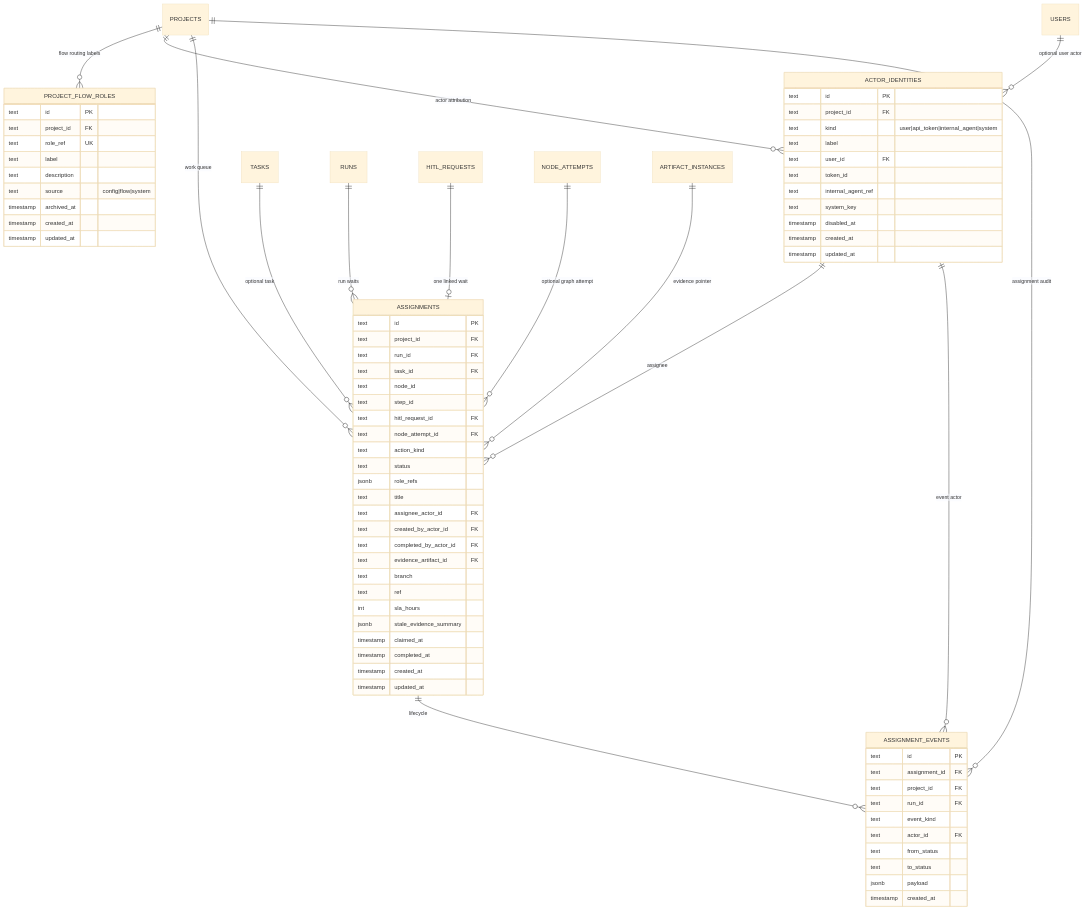
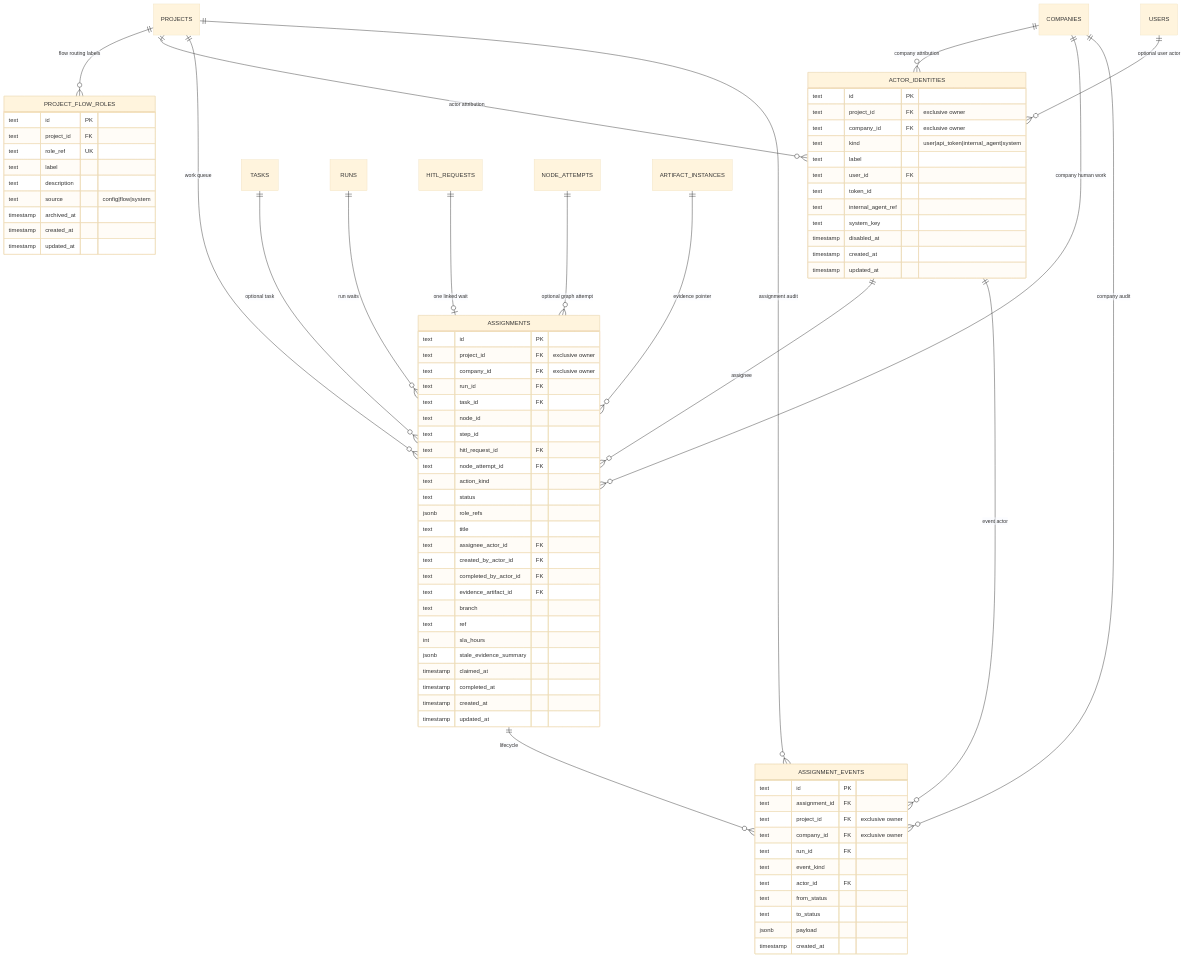
Before and after one commit to maister-dev/maister: the diagram in docs/db/assignments-domain.md, drawn with Mermaid (base theme). The commit also changed other lines of this file and 31 other files, not shown here.

Commit message:
feat(assignments): retain company human work in the native ledger

```diff
--- a/docs/db/assignments-domain.md
+++ b/docs/db/assignments-domain.md
@@ -15,6 +21,9 @@
     PROJECTS ||--o{ ACTOR_IDENTITIES : "actor attribution"
     PROJECTS ||--o{ ASSIGNMENTS : "work queue"
     PROJECTS ||--o{ ASSIGNMENT_EVENTS : "assignment audit"
+    COMPANIES ||--o{ ACTOR_IDENTITIES : "company attribution"
+    COMPANIES ||--o{ ASSIGNMENTS : "company human work"
+    COMPANIES ||--o{ ASSIGNMENT_EVENTS : "company audit"
 
     USERS ||--o{ ACTOR_IDENTITIES : "optional user actor"
     TASKS ||--o{ ASSIGNMENTS : "optional task"
@@ -41,7 +50,8 @@
 
     ACTOR_IDENTITIES {
         text id PK
-        text project_id FK
+        text project_id FK "exclusive owner"
+        text company_id FK "exclusive owner"
         text kind "user|api_token|internal_agent|system"
         text label
         text user_id FK
@@ -55,7 +65,8 @@
 
     ASSIGNMENTS {
         text id PK
-        text project_id FK
+        text project_id FK "exclusive owner"
+        text company_id FK "exclusive owner"
         text run_id FK
         text task_id FK
         text node_id
@@ -83,7 +94,8 @@
     ASSIGNMENT_EVENTS {
         text id PK
         text assignment_id FK
-        text project_id FK
+        text project_id FK "exclusive owner"
+        text company_id FK "exclusive owner"
         text run_id FK
         text event_kind
         text actor_id FK
```
